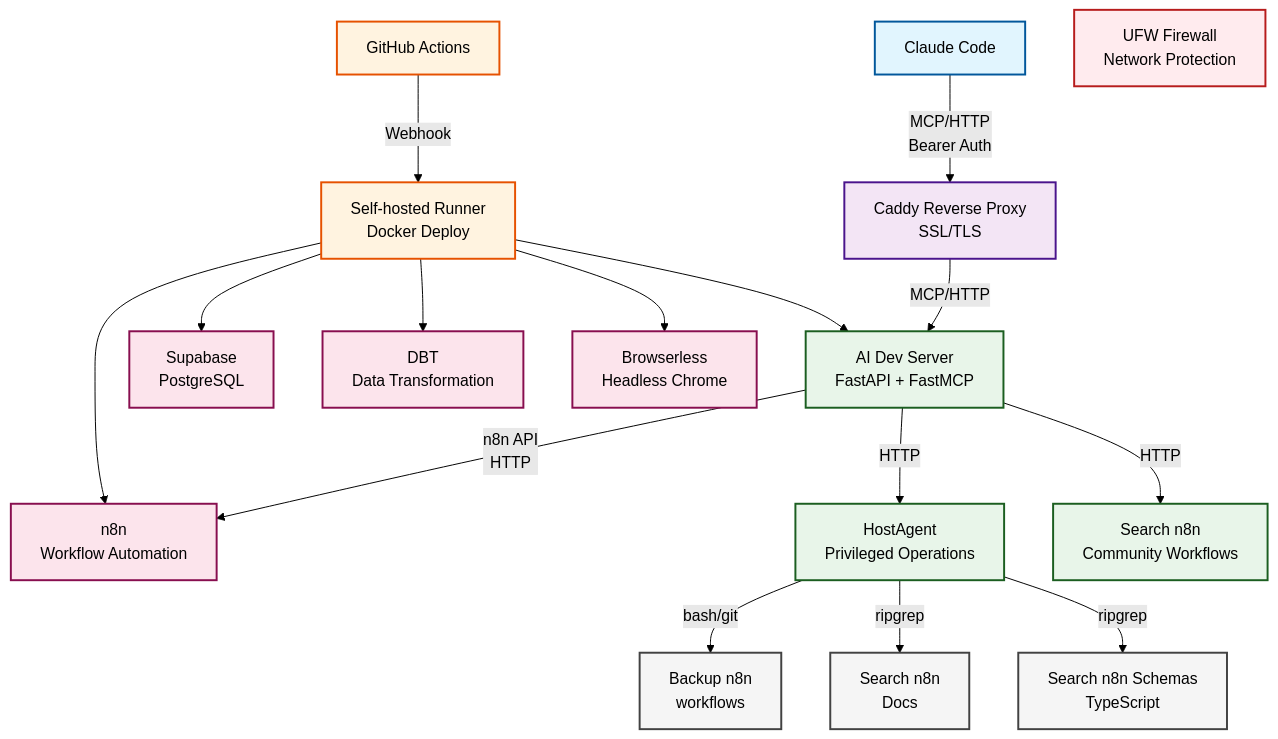
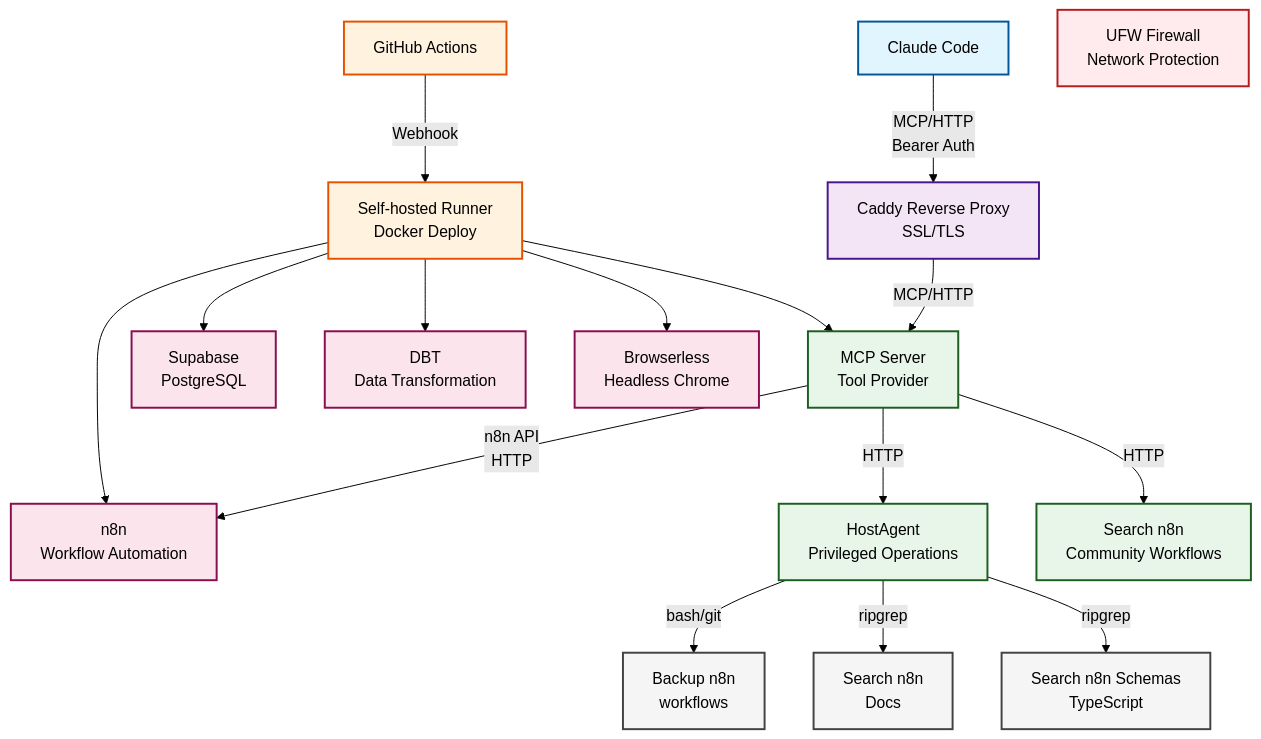
Before and after one commit to alderaan/vps: the diagram in README.md, drawn with Mermaid (forest theme).

Commit message:
simplified diagram and clarified some aspects

````diff
--- a/README.md
+++ b/README.md
@@ -24,46 +24,46 @@
 ```mermaid
 graph TB
     %% Client Layer
     Client[Claude Code] -->|MCP/HTTP<br/>Bearer Auth| Caddy[Caddy Reverse Proxy<br/>SSL/TLS]
     
     %% Web Layer
-    Caddy -->|MCP/HTTP| AIDev[AI Dev Server<br/>FastAPI + FastMCP]
+    Caddy -->|MCP/HTTP| AIDev[MCP Server<br/>Tool Provider]
     
     %% Application Layer
     AIDev -->|n8n API<br/>HTTP| N8N[n8n<br/>Workflow Automation]
     AIDev -->|HTTP| HostAgent[HostAgent<br/>Privileged Operations]
     AIDev -->|HTTP| Workflows[Search n8n<br/>Community Workflows]
     
     %% Host Services
     HostAgent -->|bash/git| BackupN8N[Backup n8n<br/>workflows]
     HostAgent -->|ripgrep| SearchN8N[Search n8n<br/>Docs]
     HostAgent -->|ripgrep| TypeScriptN8N[Search n8n Schemas<br/>TypeScript]
     
     %% Automation Layer
     GitHub[GitHub Actions] -->|Webhook| Runner[Self-hosted Runner<br/>Docker Deploy]
     Runner --> AIDev
     Runner --> N8N
     Runner --> Supabase[Supabase<br/>PostgreSQL]
     Runner --> DBT[DBT<br/>Data Transformation]
     Runner --> Browserless[Browserless<br/>Headless Chrome]
     
     %% Security Layer (standalone boxes)
     UFW[UFW Firewall<br/>Network Protection]
     
     %% Styling
     classDef client fill:#e1f5fe,stroke:#01579b,stroke-width:2px
     classDef web fill:#f3e5f5,stroke:#4a148c,stroke-width:2px
     classDef app fill:#e8f5e9,stroke:#1b5e20,stroke-width:2px
     classDef host fill:#f5f5f5,stroke:#424242,stroke-width:2px
     classDef infra fill:#fff3e0,stroke:#e65100,stroke-width:2px
     classDef container fill:#fce4ec,stroke:#880e4f,stroke-width:2px
     classDef security fill:#ffebee,stroke:#b71c1c,stroke-width:2px
     
     class Client client
     class Caddy web
     class AIDev,HostAgent,Workflows app
     class N8N,Supabase,DBT,Browserless container
     class BackupN8N,SearchN8N,TypeScriptN8N host
     class GitHub,Runner infra
     class UFW security
 ```
````
